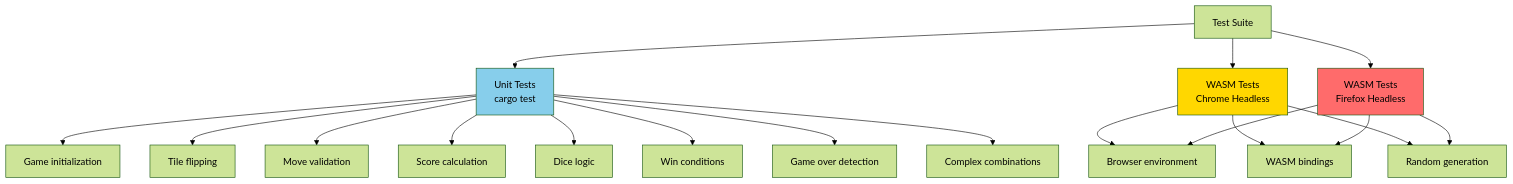
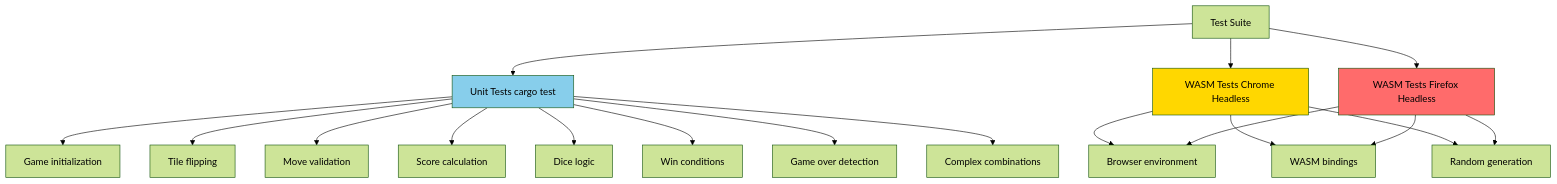
One commit to softwarewrighter/shut_the_box changed the third of 4 diagrams in wiki/Build-and-Development.md. Above: the diagram before and after it, drawn with Mermaid (forest theme). The commit also changed other lines of this file and 5 other files, not shown here.

````diff
--- a/wiki/Build-and-Development.md
+++ b/wiki/Build-and-Development.md
@@ -172,27 +172,27 @@
 ```mermaid
 graph TD
-    TESTS[Test Suite] --> UNIT[Unit Tests<br/>cargo test]
-    TESTS --> WASM_CHROME[WASM Tests<br/>Chrome Headless]
-    TESTS --> WASM_FF[WASM Tests<br/>Firefox Headless]
+    TESTS[Test Suite] --> UNIT[Unit Tests cargo test]
+    TESTS --> WASM_CHROME[WASM Tests Chrome Headless]
+    TESTS --> WASM_FF[WASM Tests Firefox Headless]
 
     UNIT --> TEST1[Game initialization]
     UNIT --> TEST2[Tile flipping]
     UNIT --> TEST3[Move validation]
     UNIT --> TEST4[Score calculation]
     UNIT --> TEST5[Dice logic]
     UNIT --> TEST6[Win conditions]
     UNIT --> TEST7[Game over detection]
     UNIT --> TEST8[Complex combinations]
 
     WASM_CHROME --> BROWSER_TEST1[Browser environment]
     WASM_CHROME --> BROWSER_TEST2[WASM bindings]
     WASM_CHROME --> BROWSER_TEST3[Random generation]
 
     WASM_FF --> BROWSER_TEST1
     WASM_FF --> BROWSER_TEST2
     WASM_FF --> BROWSER_TEST3
 
     style UNIT fill:#87ceeb
     style WASM_CHROME fill:#ffd700
     style WASM_FF fill:#ff6b6b
 ```
````
